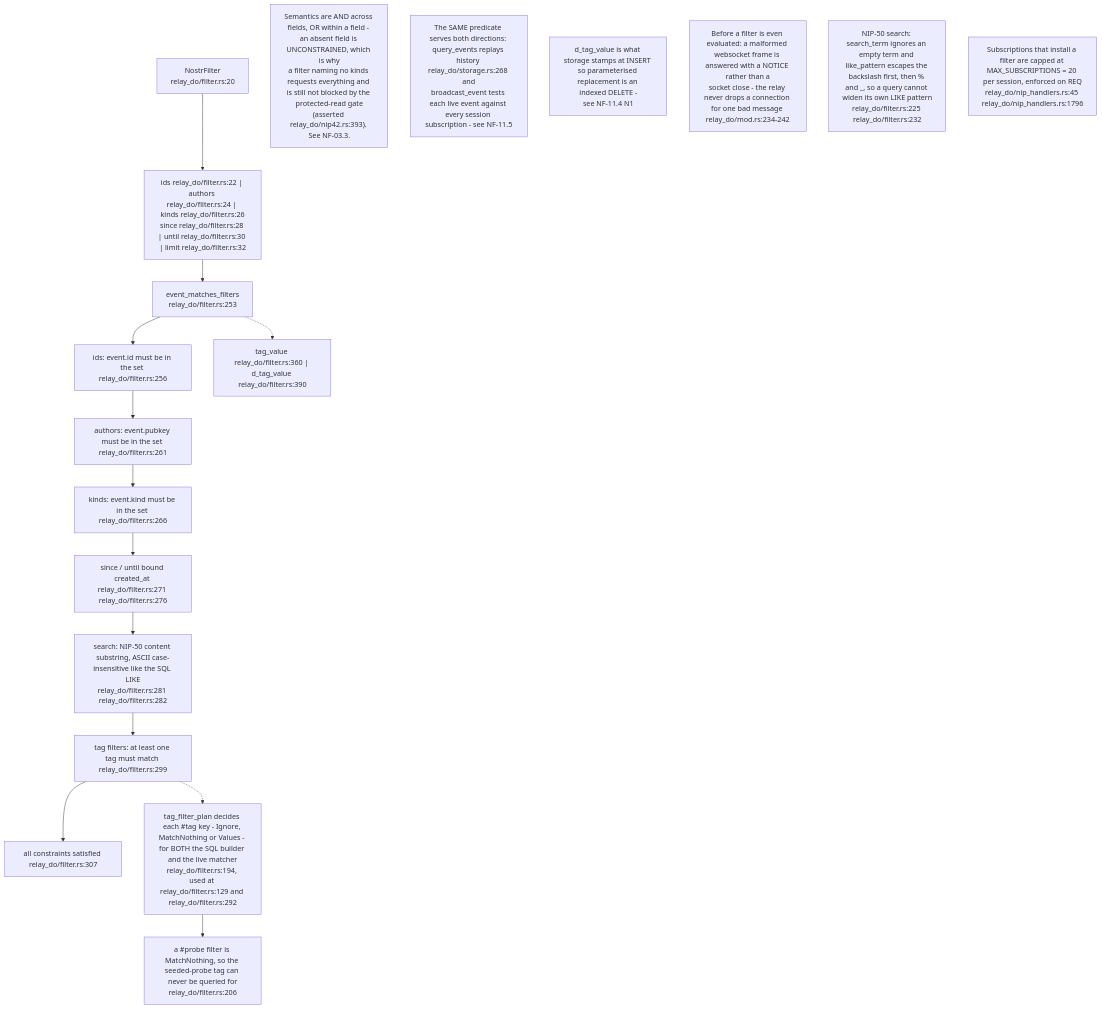
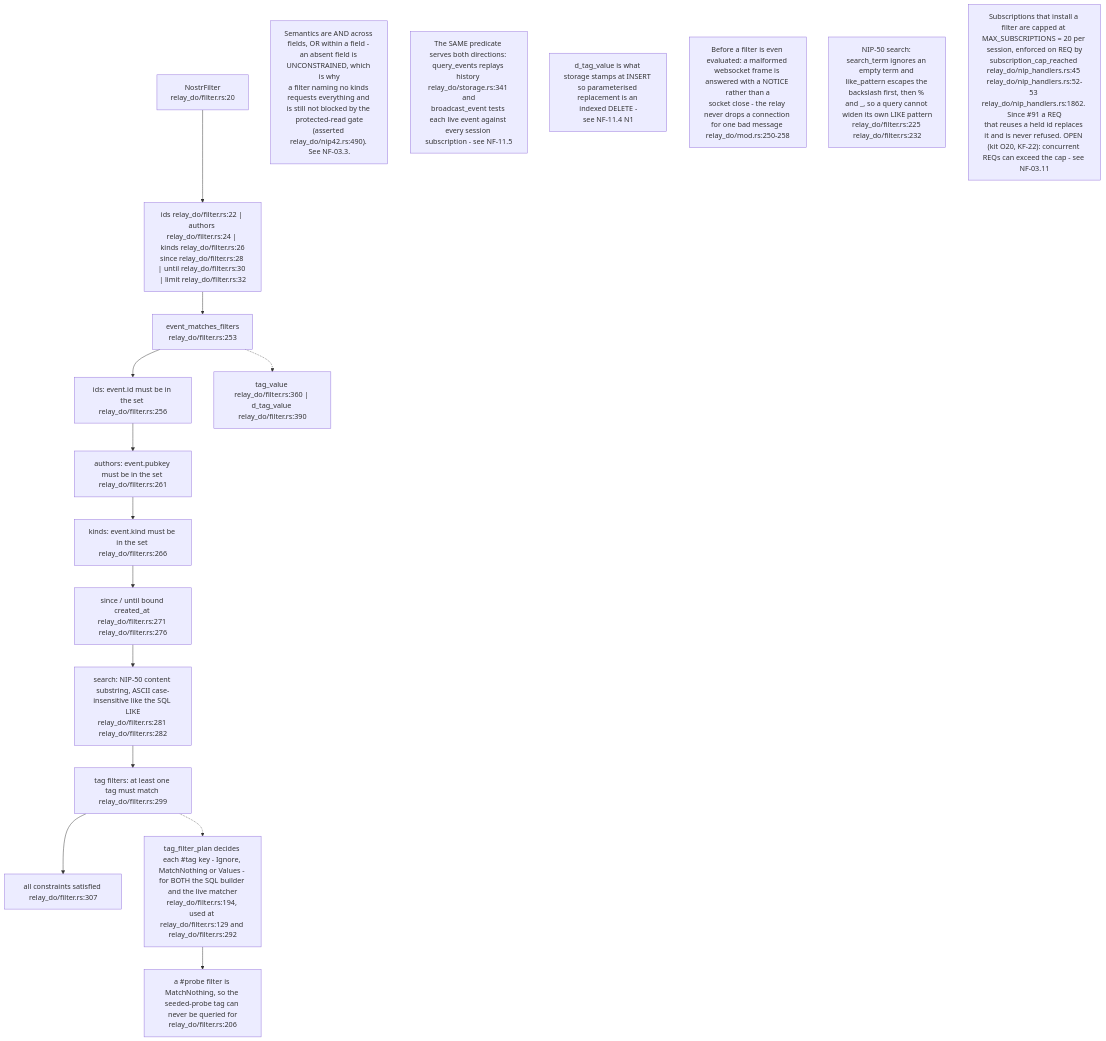
Before and after one commit to DreamLab-AI/VisionFlow: the fifth of 18 diagrams in docs/diagrams/nostr-rust-forum/11-relay-durable-object-internals.md, drawn with Mermaid. The commit also changed other lines of this file, not shown here.

First line of the commit message:
docs(diagrams): re-verify NF-11 against nostr-rust-forum af4f0d5

````diff
--- a/docs/diagrams/nostr-rust-forum/11-relay-durable-object-internals.md
+++ b/docs/diagrams/nostr-rust-forum/11-relay-durable-object-internals.md
@@ -175,29 +186,29 @@
 ```mermaid
 flowchart TB
     F["NostrFilter<br/>relay_do/filter.rs:20"]
     FLDS["ids relay_do/filter.rs:22 | authors relay_do/filter.rs:24 | kinds relay_do/filter.rs:26<br/>since relay_do/filter.rs:28 | until relay_do/filter.rs:30 | limit relay_do/filter.rs:32"]
     M["event_matches_filters<br/>relay_do/filter.rs:253"]
     C1["ids: event.id must be in the set relay_do/filter.rs:256"]
     C2["authors: event.pubkey must be in the set relay_do/filter.rs:261"]
     C3["kinds: event.kind must be in the set relay_do/filter.rs:266"]
     C4["since / until bound created_at relay_do/filter.rs:271 relay_do/filter.rs:276"]
     C4B["search: NIP-50 content substring, ASCII case-insensitive like the SQL LIKE<br/>relay_do/filter.rs:281 relay_do/filter.rs:282"]
     C5["tag filters: at least one tag must match relay_do/filter.rs:299"]
     OK["all constraints satisfied relay_do/filter.rs:307"]
     HELP["tag_value relay_do/filter.rs:360 | d_tag_value relay_do/filter.rs:390"]
     TAGPLAN["tag_filter_plan decides each #tag key - Ignore, MatchNothing or Values - for BOTH the SQL builder and the live matcher<br/>relay_do/filter.rs:194, used at relay_do/filter.rs:129 and relay_do/filter.rs:292"]
     PROBE["a #probe filter is MatchNothing, so the seeded-probe tag can never be queried for<br/>relay_do/filter.rs:206"]
 
     F --> FLDS --> M
     M --> C1 --> C2 --> C3 --> C4 --> C4B --> C5 --> OK
     M -.-> HELP
     TAGPLAN --> PROBE
     C5 -.-> TAGPLAN
 
-    N1["Semantics are AND across fields, OR within a field - an absent field is UNCONSTRAINED, which is why<br/>a filter naming no kinds requests everything and is still not blocked by the protected-read gate<br/>(asserted relay_do/nip42.rs:393). See NF-03.3."]
-    N2["The SAME predicate serves both directions: query_events replays history relay_do/storage.rs:268 and<br/>broadcast_event tests each live event against every session subscription - see NF-11.5"]
+    N1["Semantics are AND across fields, OR within a field - an absent field is UNCONSTRAINED, which is why<br/>a filter naming no kinds requests everything and is still not blocked by the protected-read gate<br/>(asserted relay_do/nip42.rs:490). See NF-03.3."]
+    N2["The SAME predicate serves both directions: query_events replays history relay_do/storage.rs:341 and<br/>broadcast_event tests each live event against every session subscription - see NF-11.5"]
     N3["d_tag_value is what storage stamps at INSERT so parameterised replacement is an indexed DELETE -<br/>see NF-11.4 N1"]
-    N4["Before a filter is even evaluated: a malformed websocket frame is answered with a NOTICE rather than a<br/>socket close - the relay never drops a connection for one bad message relay_do/mod.rs:234-242"]
+    N4["Before a filter is even evaluated: a malformed websocket frame is answered with a NOTICE rather than a<br/>socket close - the relay never drops a connection for one bad message relay_do/mod.rs:250-258"]
     N6["NIP-50 search: search_term ignores an empty term and like_pattern escapes the backslash first, then % and _, so a query cannot widen its own LIKE pattern<br/>relay_do/filter.rs:225 relay_do/filter.rs:232"]
-    N5["Subscriptions that install a filter are capped at MAX_SUBSCRIPTIONS = 20 per session, enforced on REQ<br/>relay_do/nip_handlers.rs:45 relay_do/nip_handlers.rs:1796"]
+    N5["Subscriptions that install a filter are capped at MAX_SUBSCRIPTIONS = 20 per session, enforced on REQ by<br/>subscription_cap_reached relay_do/nip_handlers.rs:45 relay_do/nip_handlers.rs:52-53 relay_do/nip_handlers.rs:1862. Since #91 a REQ<br/>that reuses a held id replaces it and is never refused. OPEN (kit O20, KF-22): concurrent REQs can exceed the cap - see NF-03.11"]
 ```
````
